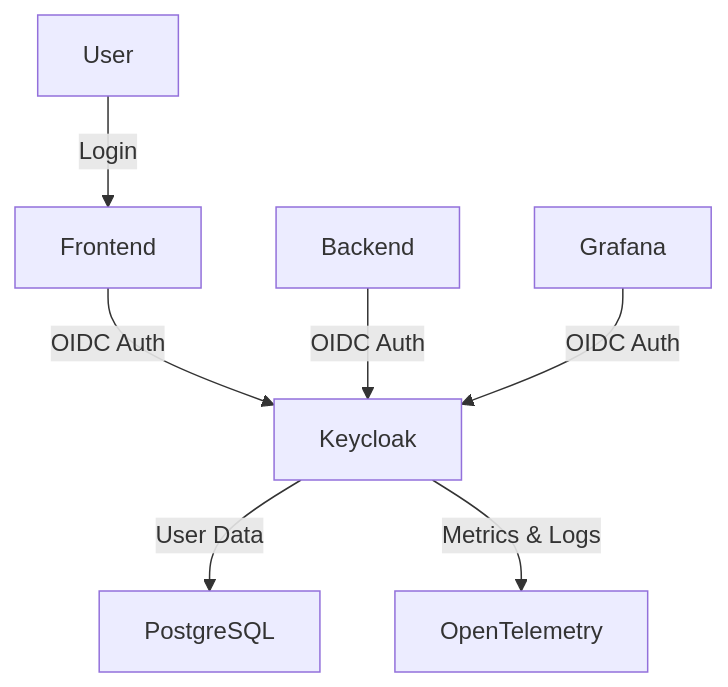
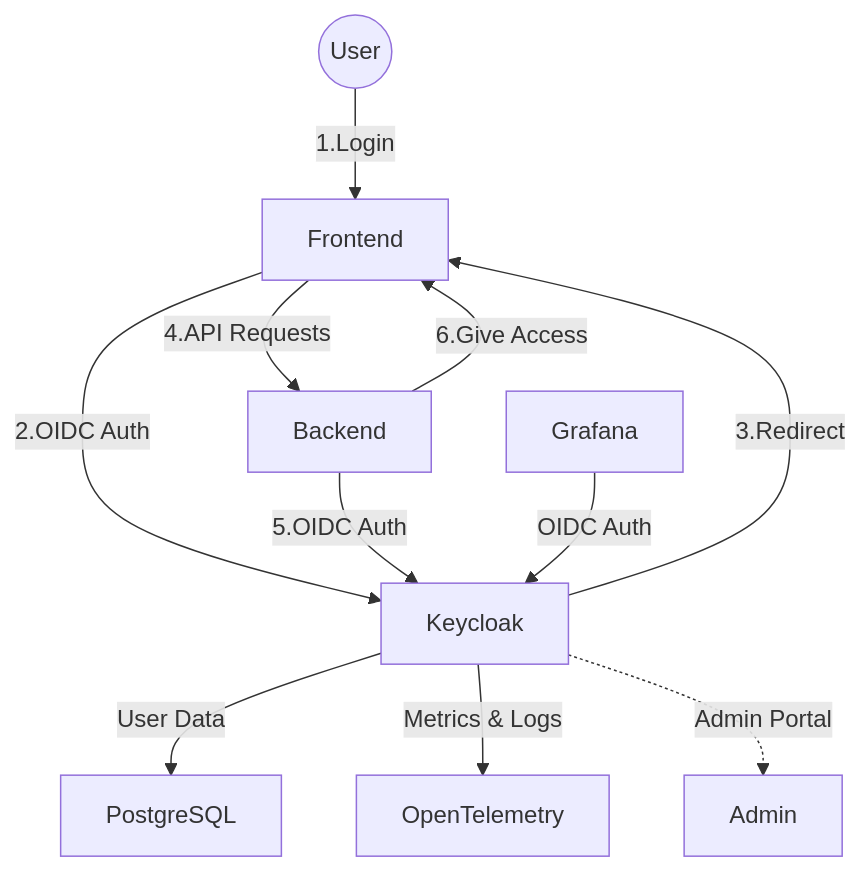
One commit to danialmd81/Code-Star-Project changed the third of 9 diagrams in diagram/services-diageam.md. Above: the diagram before and after it, drawn with Mermaid. The commit also changed other lines of this file and 14 other files, not shown here.

````diff
--- a/diagram/services-diageam.md
+++ b/diagram/services-diageam.md
@@ -46,10 +46,14 @@
 ```mermaid
 graph TD
-  User -->|Login| Frontend[Frontend]
-  Frontend -->|OIDC Auth| Keycloak
-  Backend -->|OIDC Auth| Keycloak
-  
-  Grafana -->|OIDC Auth| Keycloak
-  Keycloak -->|User Data| PostgreSQL
-  Keycloak -->|Metrics & Logs| OpenTelemetry
+  User((User)) -->|1.Login| Frontend[Frontend]
+  Frontend -->|2.OIDC Auth| Keycloak[Keycloak]
+  Keycloak -->|3.Redirect| Frontend
+  Frontend -->|4.API Requests| Backend[Backend]
+  Backend -->|5.OIDC Auth| Keycloak
+  Backend -->|6.Give Access| Frontend
+
+  Grafana[Grafana] -->|OIDC Auth| Keycloak
+  Keycloak -->|User Data| PostgreSQL[PostgreSQL]
+  Keycloak -->|Metrics & Logs| OpenTelemetry[OpenTelemetry]
+  Keycloak -.->|Admin Portal| Admin[Admin]
 ```
````
